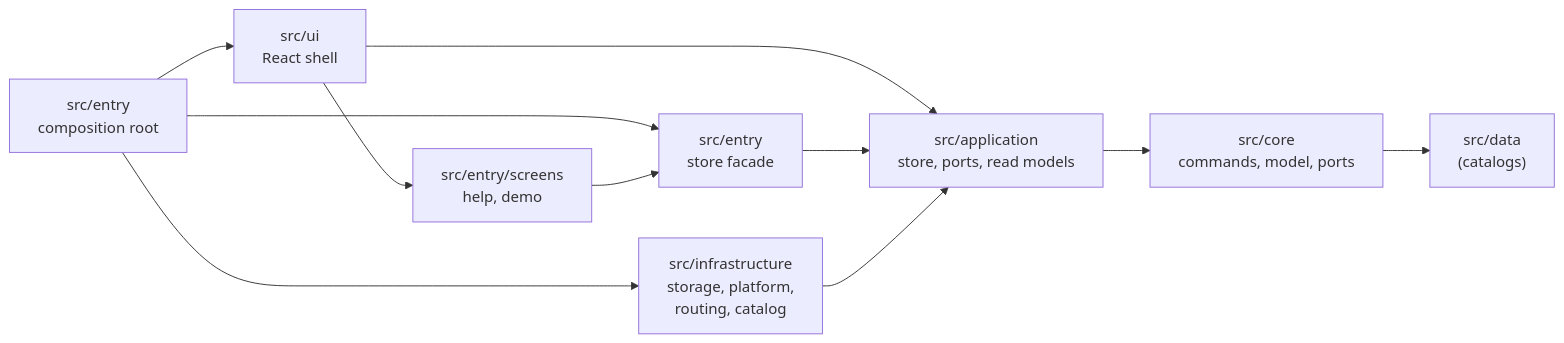
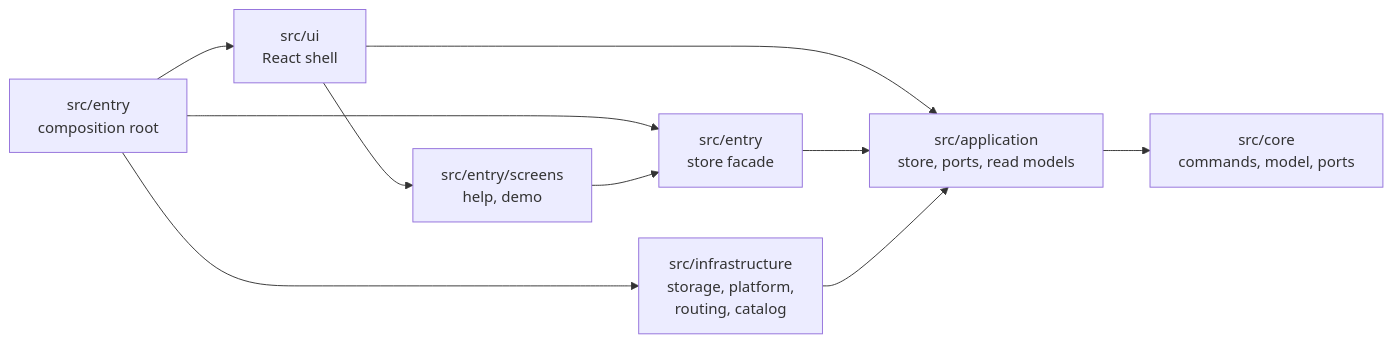
Before and after one commit to hose1021/grimoria: the diagram in docs/architecture.md, drawn with Mermaid. The commit also changed other lines of this file and 5 other files, not shown here.

````diff
--- a/docs/architecture.md
+++ b/docs/architecture.md
@@ -8,13 +8,12 @@
 ```mermaid
 flowchart LR
   boot["src/entry<br/>composition root"] --> shell["src/ui<br/>React shell"]
   boot --> store["src/entry<br/>store facade"]
   boot --> infra["src/infrastructure<br/>storage, platform,<br/>routing, catalog"]
   shell --> dom["src/entry/screens<br/>help, demo"]
   shell --> app["src/application<br/>store, ports, read models"]
   dom --> store
   store --> app
   infra --> app
   app --> core["src/core<br/>commands, model, ports"]
-  core --> data["src/data<br/>(catalogs)"]
 ```
````
